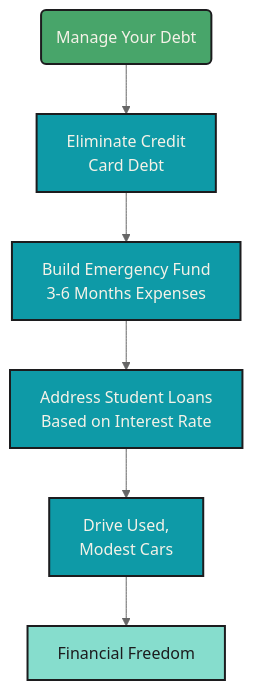
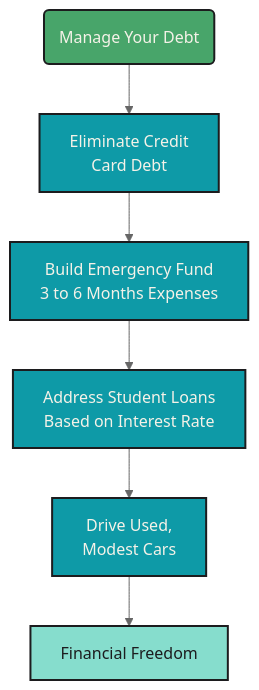
Before and after one commit to mjfrigaard/fm-finance: the sixth of 7 diagrams in managing_debt.qmd, drawn with Mermaid. The commit also changed other lines of this file and 22 other files, not shown here.

````diff
--- a/managing_debt.qmd
+++ b/managing_debt.qmd
@@ -307,18 +322,18 @@
 ```{mermaid}
 %%| fig-cap: 'Put It All Together'
 %%| fig-align: center
 %%{init: {'theme': 'neutral', 'themeVariables': { 'fontFamily': 'monospace', "darkMode":false, "fontSize":"16px"}}}%%
 
 flowchart TD
     Start("Manage Your Debt") --> Step1["Eliminate Credit<br>Card Debt"]
-    Step1 --> Step2["Build Emergency Fund<br>3-6 Months Expenses"]
+    Step1 --> Step2["Build Emergency Fund<br>3 to 6 Months Expenses"]
     Step2 --> Step3["Address Student Loans<br>Based on Interest Rate"]
     Step3 --> Step4["Drive Used,<br>Modest Cars"]
     Step4 --> Freedom["Financial Freedom"]
     style Start fill:#48a56a,color:#F5F2E8,stroke:#1C1C1E,stroke-width:2px
     style Step1 fill:#0e9aa7,color:#F5F2E8,stroke:#1C1C1E,stroke-width:2px
     style Step2 fill:#0e9aa7,color:#F5F2E8,stroke:#1C1C1E,stroke-width:2px
     style Step3 fill:#0e9aa7,color:#F5F2E8,stroke:#1C1C1E,stroke-width:2px
     style Step4 fill:#0e9aa7,color:#F5F2E8,stroke:#1C1C1E,stroke-width:2px
     style Freedom fill:#86ddcd,color:#1C1C1E,stroke:#1C1C1E,stroke-width:2px
 ```
````
